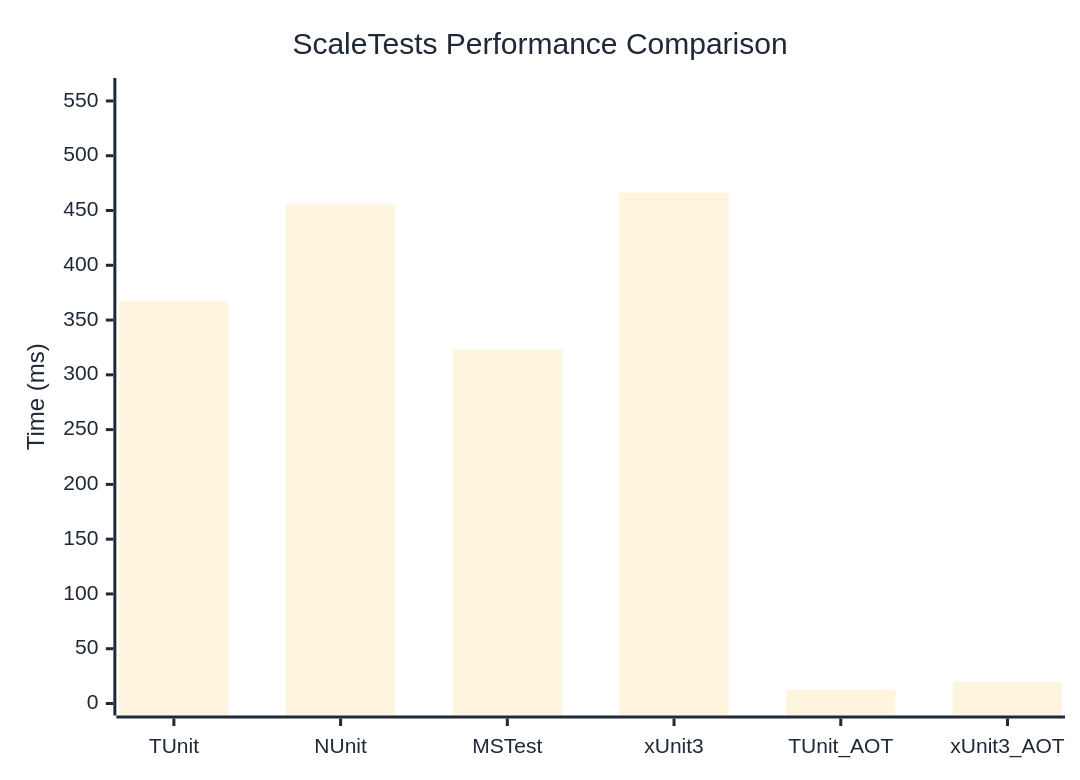
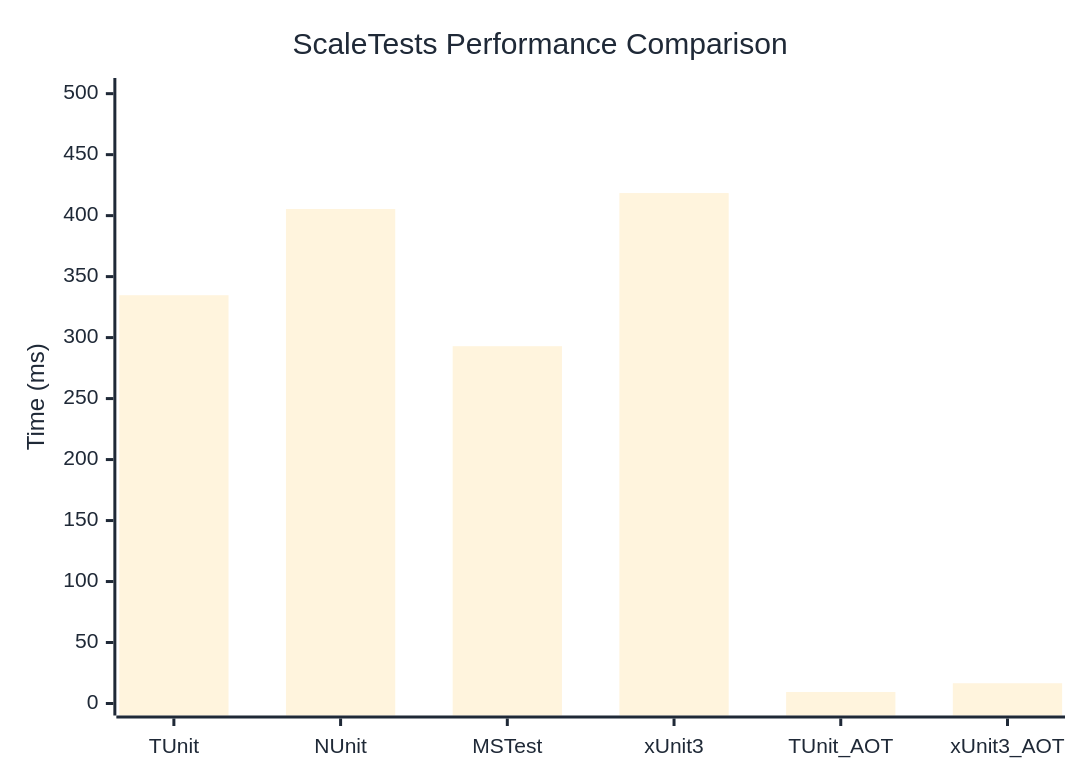
One commit to thomhurst/TUnit changed the diagram in docs/docs/benchmarks/engine/ScaleTests.md. Above: the diagram before and after it, drawn with Mermaid. The commit also changed other lines of this file and 18 other files, not shown here.

````diff
--- a/docs/docs/benchmarks/engine/ScaleTests.md
+++ b/docs/docs/benchmarks/engine/ScaleTests.md
@@ -30,37 +30,37 @@
 ```mermaid
 %%{init: {
   'theme':'base',
   'themeVariables': {
     'primaryColor': '#2563eb',
     'primaryTextColor': '#1f2937',
     'primaryBorderColor': '#1e40af',
     'lineColor': '#6b7280',
     'secondaryColor': '#7c3aed',
     'tertiaryColor': '#dc2626',
     'background': '#ffffff',
     'mainBkg': '#2563eb',
     'secondBkg': '#7c3aed',
     'tertiaryBkg': '#dc2626',
     'clusterBkg': '#f3f4f6',
     'edgeLabelBackground': '#ffffff',
     'tertiaryTextColor': '#1f2937',
     'pie1': '#2563eb',
     'pie2': '#7c3aed',
     'pie3': '#dc2626',
     'pie4': '#f59e0b',
     'pie5': '#10b981',
     'pie6': '#06b6d4',
     'pie7': '#ec4899',
     'pie8': '#6366f1',
     'pie9': '#84cc16',
     'pie10': '#f97316',
     'pie11': '#14b8a6',
     'pie12': '#a855f7'
   }
 }}%%
 xychart-beta
   title "ScaleTests Performance Comparison"
   x-axis ["TUnit", "NUnit", "MSTest", "xUnit3", "TUnit_AOT", "xUnit3_AOT"]
-  y-axis "Time (ms)" 0 --> 560
-  bar [367.45, 455.41, 322.89, 466.43, 12.35, 19.82]
+  y-axis "Time (ms)" 0 --> 503
+  bar [334.749, 405.436, 292.948, 418.516, 9.42, 16.612]
 ```
````
